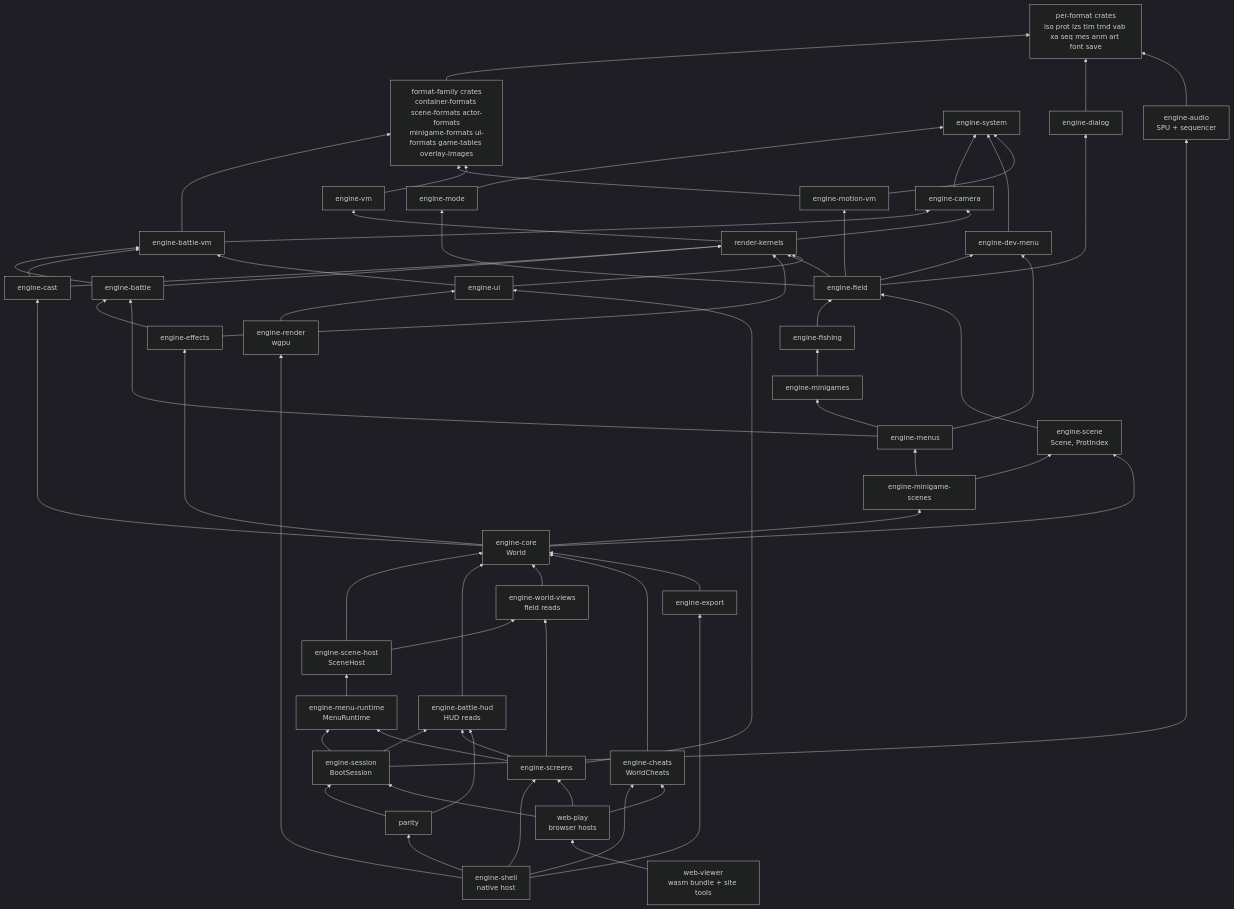
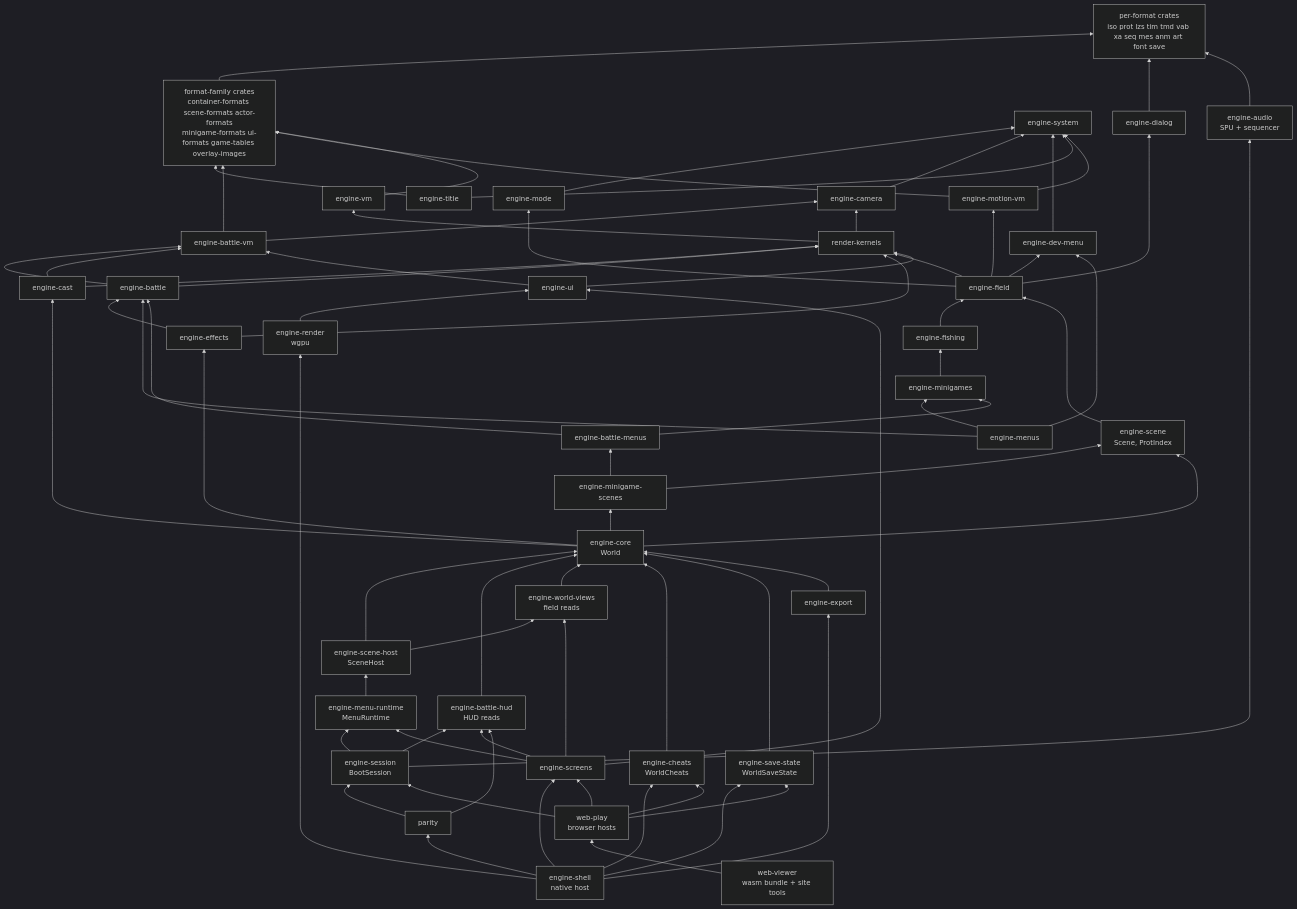
The first of 4 diagrams in docs/subsystems/engine.md (AndrewAltimit/legend-of-legaia-re), drawn with Mermaid (dark theme) before and after one commit. The commit also changed other lines of this file and 662 other files, not shown here.

````diff
--- a/docs/subsystems/engine.md
+++ b/docs/subsystems/engine.md
@@ -60,6 +60,8 @@
     EFISH["engine-fishing"]
     EMG["engine-minigames"]
     EMENU["engine-menus"]
+    ETTL["engine-title"]
+    EBMENU["engine-battle-menus"]
     EMGS["engine-minigame-scenes"]
     ESCN["engine-scene<br/>Scene, ProtIndex"]
     CORE["engine-core<br/>World"]
@@ -68,6 +70,7 @@
     BHUD["engine-battle-hud<br/>HUD reads"]
     WV["engine-world-views<br/>field reads"]
     ECHT["engine-cheats<br/>WorldCheats"]
+    ESAV["engine-save-state<br/>WorldSaveState"]
     EUI["engine-ui"]
     EREN["engine-render<br/>wgpu"]
     EAUD["engine-audio<br/>SPU + sequencer"]
@@ -84,6 +87,8 @@
     EMODE --> ESYS
     ECAM --> ESYS
     EDEV --> ESYS
+    ETTL --> ESYS
+    ETTL --> FAM
     EBV --> ECAM
     EBV --> FAM
     EMV --> ESYS
@@ -107,7 +112,9 @@
     EFISH --> EFIELD
     EMG --> EFISH
     EMENU --> EMG
-    EMGS --> EMENU
+    EBMENU --> EB
+    EBMENU --> EMG
+    EMGS --> EBMENU
     EMGS --> ESCN
     ESCN --> EFIELD
     CORE --> ESCN
@@ -124,6 +131,7 @@
     WV --> CORE
     SH --> WV
     ECHT --> CORE
+    ESAV --> CORE
     SESS --> MR
     SESS --> BHUD
     SESS --> EAUD
@@ -136,11 +144,13 @@
     SHELL --> PAR
     SHELL --> SCR
     SHELL --> ECHT
+    SHELL --> ESAV
     SHELL --> EXP
     EXP --> CORE
     SHELL --> EREN
     WEBP --> SESS
     WEBP --> SCR
     WEBP --> ECHT
+    WEBP --> ESAV
     WEB --> WEBP
 ```
````
